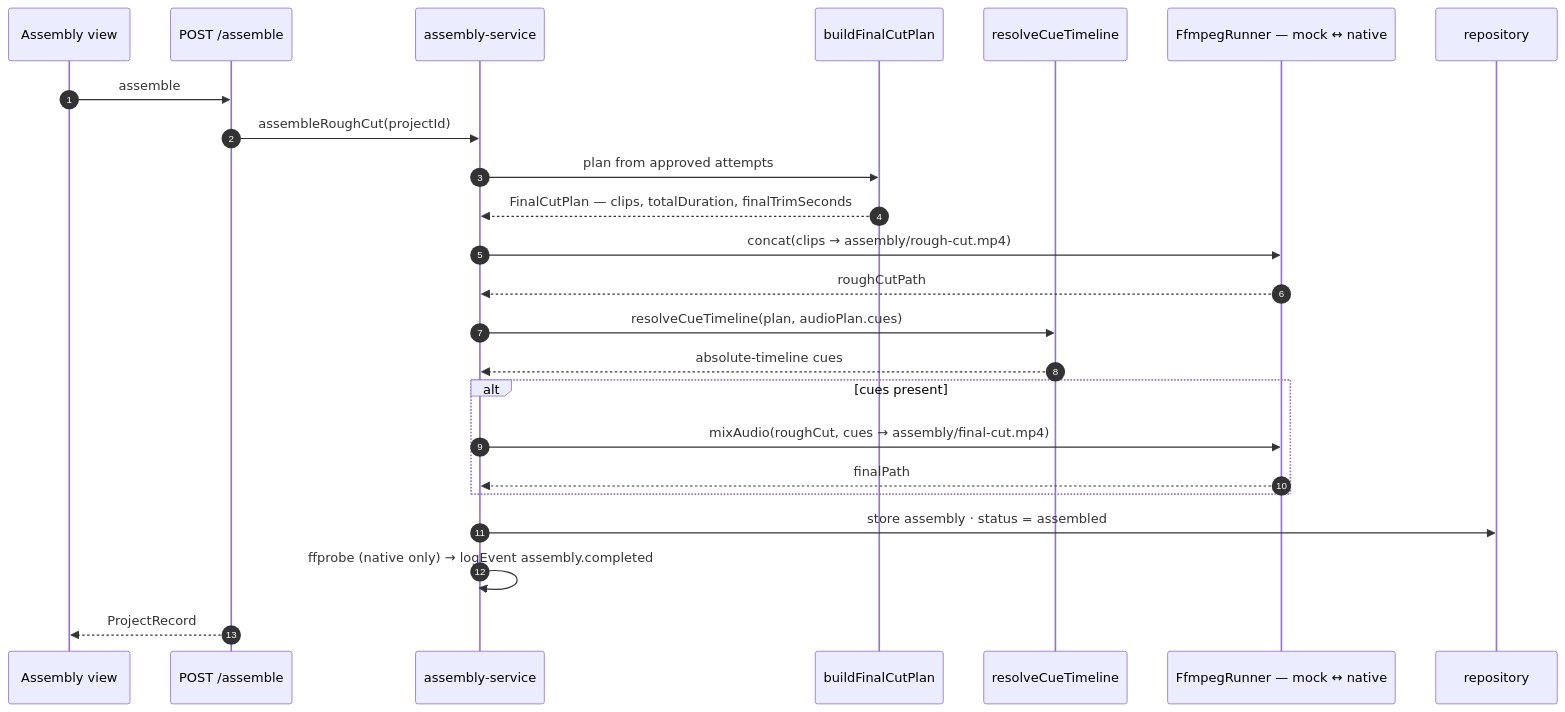
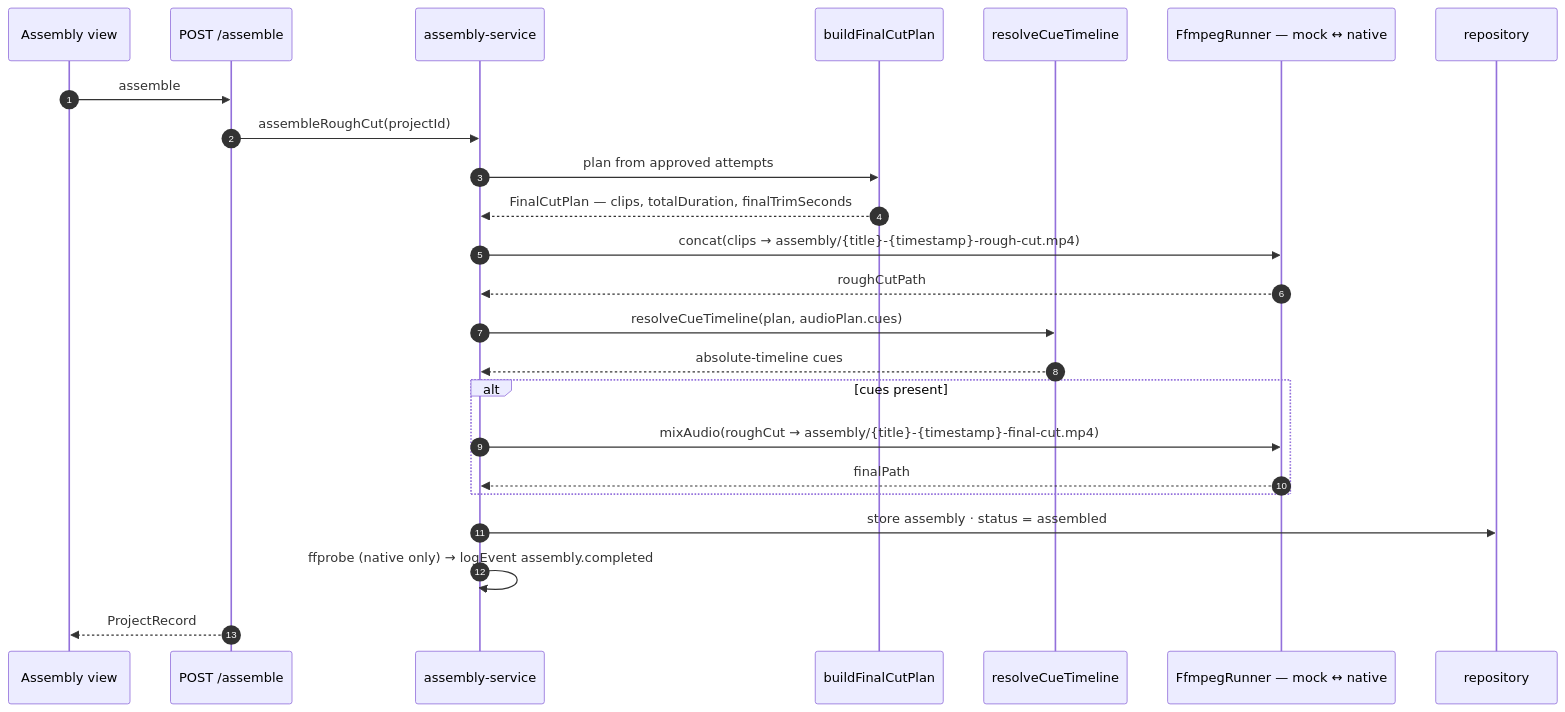
Before and after one commit to jamesbas/storyforgeai: diagram 13 of 20 in docs/architecture.md, drawn with Mermaid. The commit also changed other lines of this file and 3 other files, not shown here.

First line of the commit message:
Bring architecture.md back in line with the code (v2.63)

````diff
--- a/docs/architecture.md
+++ b/docs/architecture.md
@@ -1231,27 +1338,27 @@
 ```mermaid
 sequenceDiagram
     autonumber
     participant UI as Assembly view
     participant API as POST /assemble
     participant AS as assembly-service
     participant FC as buildFinalCutPlan
     participant MX as resolveCueTimeline
     participant FF as FfmpegRunner — mock ↔ native
     participant DB as repository
 
     UI->>API: assemble
     API->>AS: assembleRoughCut(projectId)
     AS->>FC: plan from approved attempts
     FC-->>AS: FinalCutPlan — clips, totalDuration, finalTrimSeconds
-    AS->>FF: concat(clips → assembly/rough-cut.mp4)
+    AS->>FF: concat(clips → assembly/{title}-{timestamp}-rough-cut.mp4)
     FF-->>AS: roughCutPath
     AS->>MX: resolveCueTimeline(plan, audioPlan.cues)
     MX-->>AS: absolute-timeline cues
     alt cues present
-        AS->>FF: mixAudio(roughCut, cues → assembly/final-cut.mp4)
+        AS->>FF: mixAudio(roughCut → assembly/{title}-{timestamp}-final-cut.mp4)
         FF-->>AS: finalPath
     end
     AS->>DB: store assembly · status = assembled
     AS->>AS: ffprobe (native only) → logEvent assembly.completed
     API-->>UI: ProjectRecord
 ```
````
